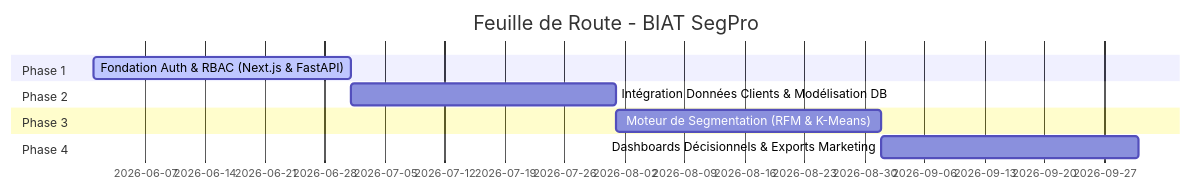
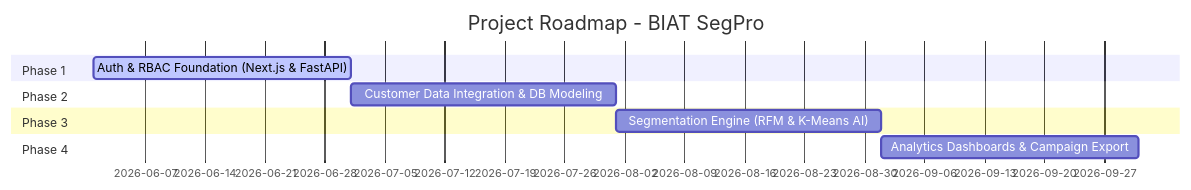
Before and after one commit to Yassmine10/BIAT-SegPro: the second of 2 diagrams in README.md, drawn with Mermaid. The commit also changed other lines of this file, not shown here.

Commit message:
Update README.md with BIAT SegPro project template details

````diff
--- a/README.md
+++ b/README.md
@@ -218,13 +223,13 @@
 ```mermaid
 gantt
-    title Feuille de Route - BIAT SegPro
+    title Project Roadmap - BIAT SegPro
     dateFormat  YYYY-MM
     section Phase 1
-    Fondation Auth & RBAC (Next.js & FastAPI) :active, p1, 2026-06, 2026-07
+    Auth & RBAC Foundation (Next.js & FastAPI) :active, p1, 2026-06, 2026-07
     section Phase 2
-    Intégration Données Clients & Modélisation DB :   p2, 2026-07, 2026-08
+    Customer Data Integration & DB Modeling :   p2, 2026-07, 2026-08
     section Phase 3
-    Moteur de Segmentation (RFM & K-Means) :   p3, 2026-08, 2026-09
+    Segmentation Engine (RFM & K-Means AI) :   p3, 2026-08, 2026-09
     section Phase 4
-    Dashboards Décisionnels & Exports Marketing :   p4, 2026-09, 2026-10
+    Analytics Dashboards & Campaign Export :   p4, 2026-09, 2026-10
 ```
````
